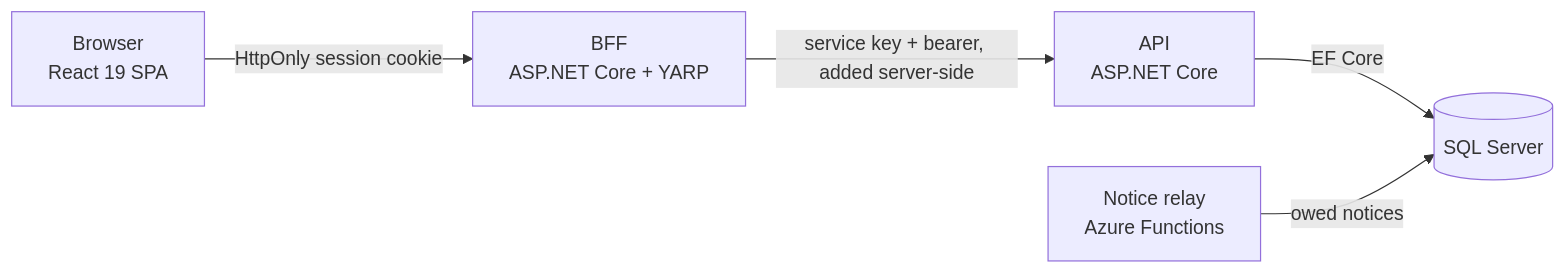
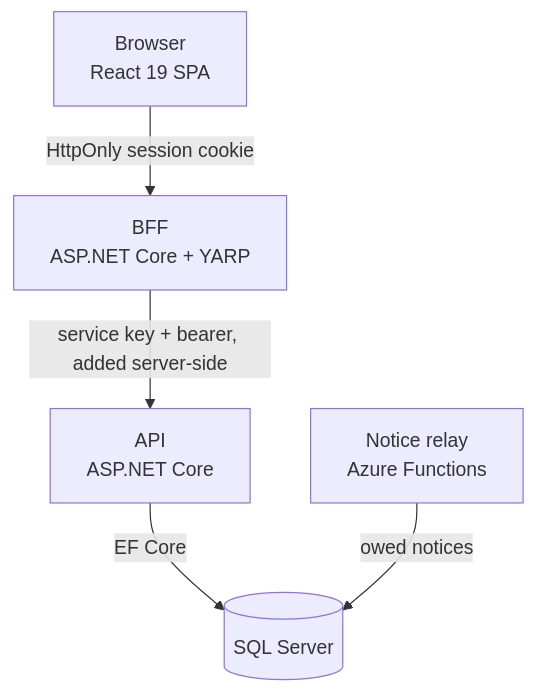
Before and after one commit to Gurgant/azurebank-v2: the diagram in README.md, drawn with Mermaid. The commit also changed other lines of this file and 10 other files, not shown here.

Commit message:
Correct what a review of the README pages found; draw the diagram top to bottom

````diff
--- a/README.md
+++ b/README.md
@@ -65,13 +66,13 @@
 ```mermaid
-flowchart LR
+flowchart TB
     Browser["Browser<br/>React 19 SPA"]
     BFF["BFF<br/>ASP.NET Core + YARP"]
     API["API<br/>ASP.NET Core"]
     DB[("SQL Server")]
     Relay["Notice relay<br/>Azure Functions"]
 
     Browser -->|"HttpOnly session cookie"| BFF
     BFF -->|"service key + bearer, added server-side"| API
     API -->|"EF Core"| DB
     Relay -->|"owed notices"| DB
 ```
````
